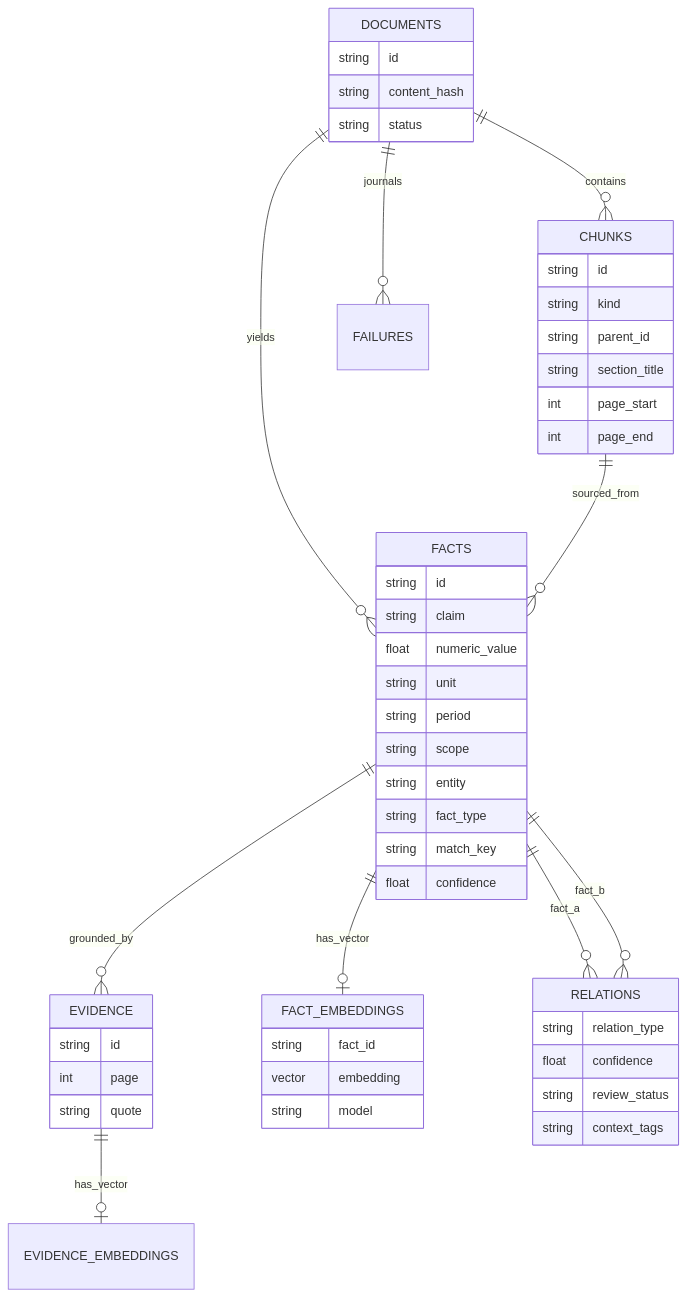
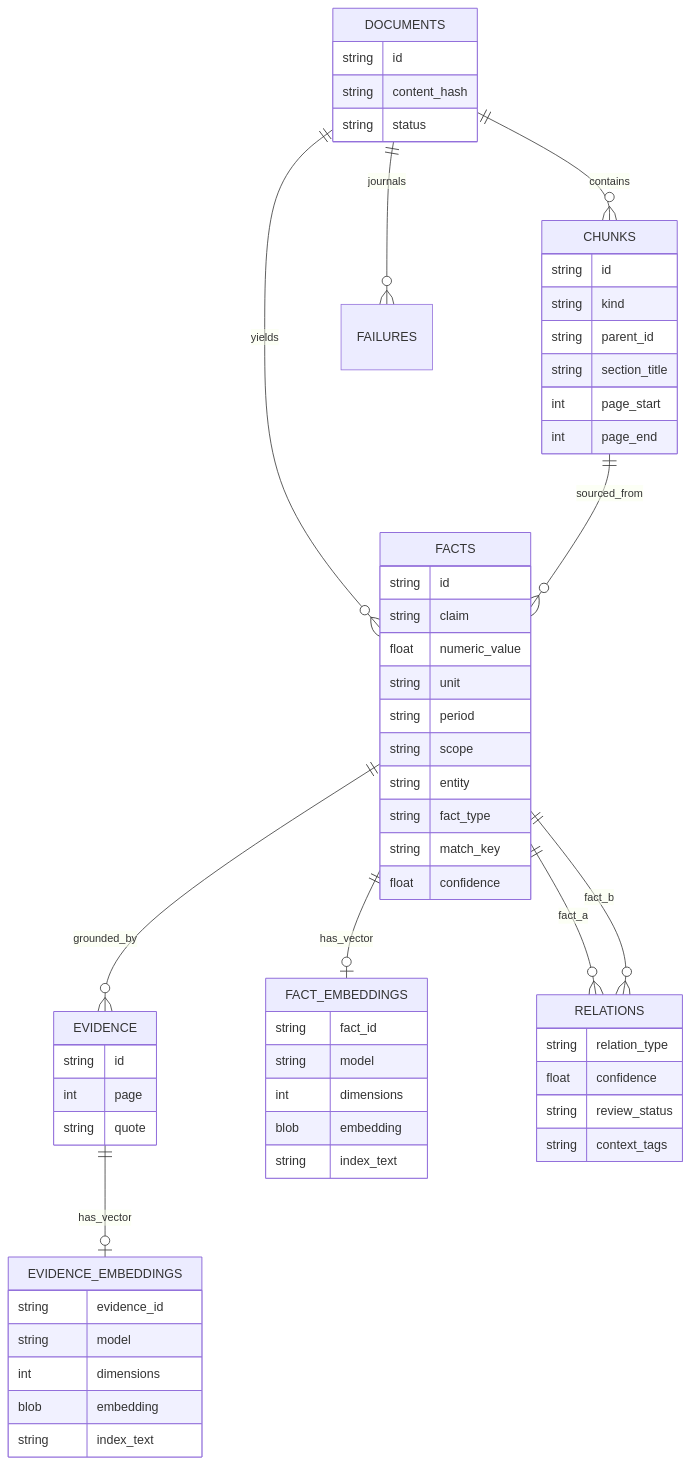
Before and after one commit to PrasannaPal21/superjoin-assignement: the ninth of 10 diagrams in docs/RAG_ARCHITECTURE.md, drawn with Mermaid. The commit also changed other lines of this file and 6 other files, not shown here.

Commit message:
feat(embeddings): add vector storage schema and crud verified

````diff
--- a/docs/RAG_ARCHITECTURE.md
+++ b/docs/RAG_ARCHITECTURE.md
@@ -339,54 +340,63 @@
 ```mermaid
 erDiagram
   DOCUMENTS ||--o{ CHUNKS : contains
   DOCUMENTS ||--o{ FACTS : yields
   CHUNKS ||--o{ FACTS : sourced_from
   FACTS ||--o{ EVIDENCE : grounded_by
   FACTS ||--o| FACT_EMBEDDINGS : has_vector
   EVIDENCE ||--o| EVIDENCE_EMBEDDINGS : has_vector
   FACTS ||--o{ RELATIONS : fact_a
   FACTS ||--o{ RELATIONS : fact_b
   DOCUMENTS ||--o{ FAILURES : journals
 
   DOCUMENTS {
     string id
     string content_hash
     string status
   }
   CHUNKS {
     string id
     string kind
     string parent_id
     string section_title
     int page_start
     int page_end
   }
   FACTS {
     string id
     string claim
     float numeric_value
     string unit
     string period
     string scope
     string entity
     string fact_type
     string match_key
     float confidence
   }
   EVIDENCE {
     string id
     int page
     string quote
   }
   FACT_EMBEDDINGS {
     string fact_id
-    vector embedding
     string model
+    int dimensions
+    blob embedding
+    string index_text
+  }
+  EVIDENCE_EMBEDDINGS {
+    string evidence_id
+    string model
+    int dimensions
+    blob embedding
+    string index_text
   }
   RELATIONS {
     string relation_type
     float confidence
     string review_status
     string context_tags
   }
 ```
````
